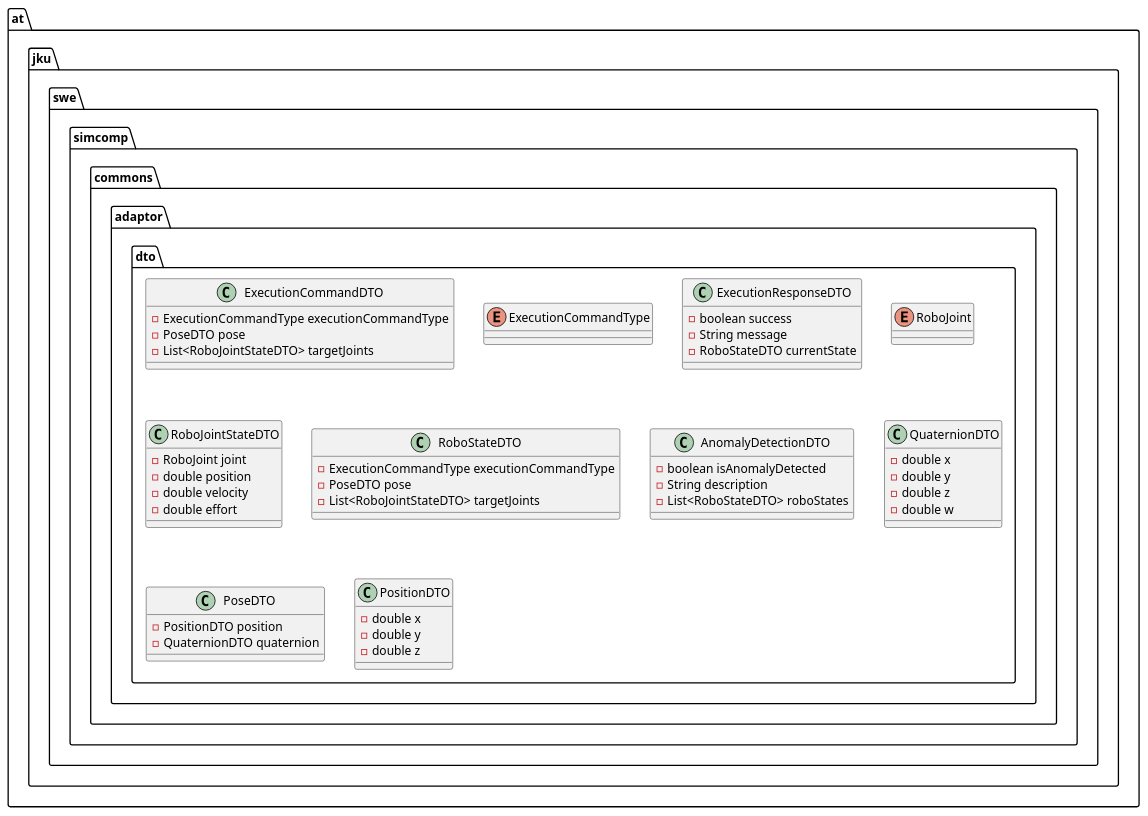
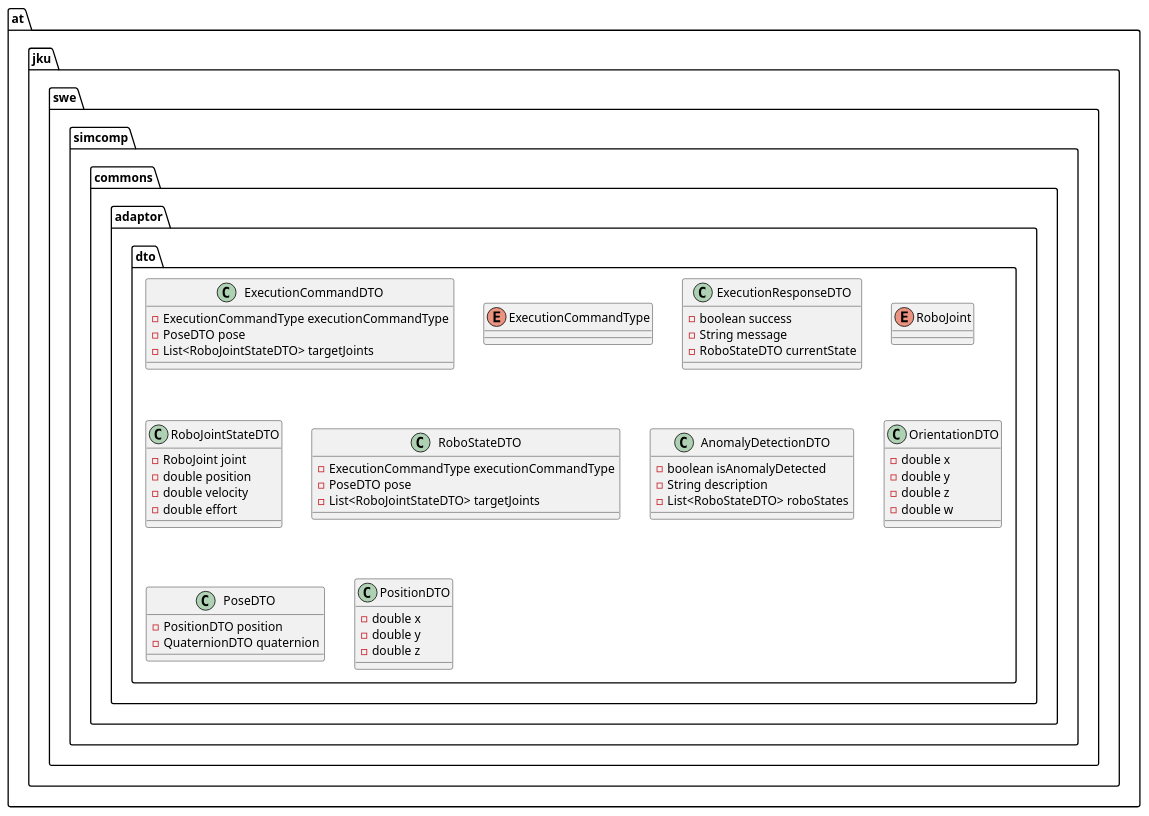
One commit to jku-swe-simcomp/simcomp-services changed the diagram in commons/diagram-3.puml. Above: the diagram before and after it, drawn with PlantUML. The commit also changed 6 other files, not shown here.

Commit message:
Update OrientationDTO

```diff
--- a/commons/diagram-3.puml
+++ b/commons/diagram-3.puml
@@ -1,47 +1,47 @@
 @startuml
 class at.jku.swe.simcomp.commons.adaptor.dto.ExecutionCommandDTO {
 - ExecutionCommandType executionCommandType
 - PoseDTO pose
 - List<RoboJointStateDTO> targetJoints
 }
 enum at.jku.swe.simcomp.commons.adaptor.dto.ExecutionCommandType {
 }
 class at.jku.swe.simcomp.commons.adaptor.dto.ExecutionResponseDTO {
 - boolean success
 - String message
 - RoboStateDTO currentState
 }
 enum at.jku.swe.simcomp.commons.adaptor.dto.RoboJoint {
 }
 class at.jku.swe.simcomp.commons.adaptor.dto.RoboJointStateDTO {
 - RoboJoint joint
 - double position
 - double velocity
 - double effort
 }
 class at.jku.swe.simcomp.commons.adaptor.dto.RoboStateDTO {
 - ExecutionCommandType executionCommandType
 - PoseDTO pose
 - List<RoboJointStateDTO> targetJoints
 }
 class at.jku.swe.simcomp.commons.adaptor.dto.AnomalyDetectionDTO {
 - boolean isAnomalyDetected
 - String description
 - List<RoboStateDTO> roboStates
 }
-class at.jku.swe.simcomp.commons.adaptor.dto.QuaternionDTO {
+class at.jku.swe.simcomp.commons.adaptor.dto.OrientationDTO {
 - double x
 - double y
 - double z
 - double w
 }
 class at.jku.swe.simcomp.commons.adaptor.dto.PoseDTO {
 - PositionDTO position
 - QuaternionDTO quaternion
 }
 class at.jku.swe.simcomp.commons.adaptor.dto.PositionDTO {
 - double x
 - double y
 - double z
 }
 @enduml
```
